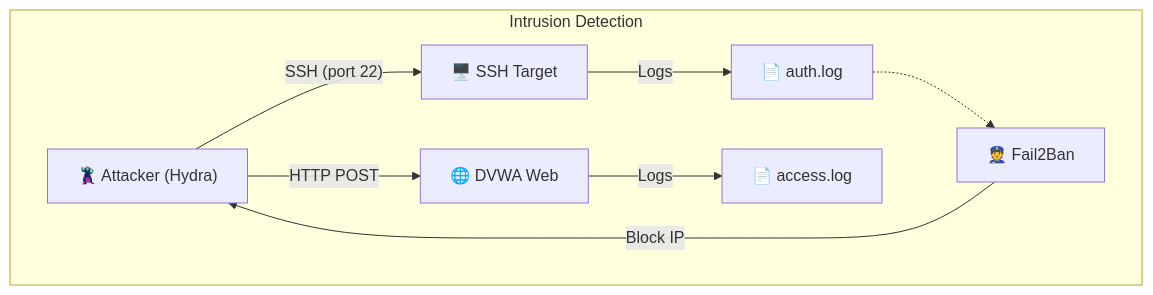
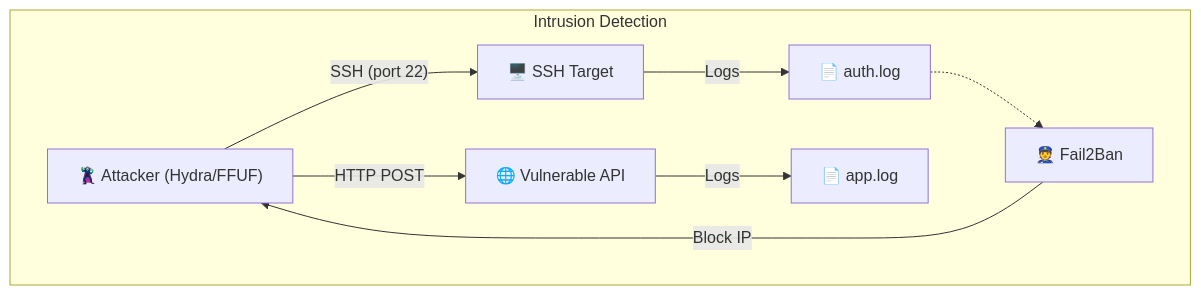
The diagram in exercises/module5/README.md (edelahozuah/intro-to-password-workshop), drawn with Mermaid before and after one commit. The commit also changed other lines of this file and 5 other files, not shown here.

Commit message:
Remove DVWA: Simplify by using only vulnerable-api for web attacks

````diff
--- a/exercises/module5/README.md
+++ b/exercises/module5/README.md
@@ -16,12 +16,12 @@
 ```mermaid
 flowchart TD
-    A["🦹 Attacker (Hydra)"] -->|"SSH (port 22)"| B["🖥️ SSH Target"]
-    A -->|"HTTP POST"| C["🌐 DVWA Web"]
+    A["🦹 Attacker (Hydra/FFUF)"] -->|"SSH (port 22)"| B["🖥️ SSH Target"]
+    A -->|"HTTP POST"| C["🌐 Vulnerable API"]
     
     subgraph "Intrusion Detection"
         B -->|Logs| D["📄 auth.log"]
-        C -->|Logs| E["📄 access.log"]
+        C -->|Logs| E["📄 app.log"]
         D -.-> F["👮 Fail2Ban"]
         F -->|Block IP| A
     end
 ```
````
